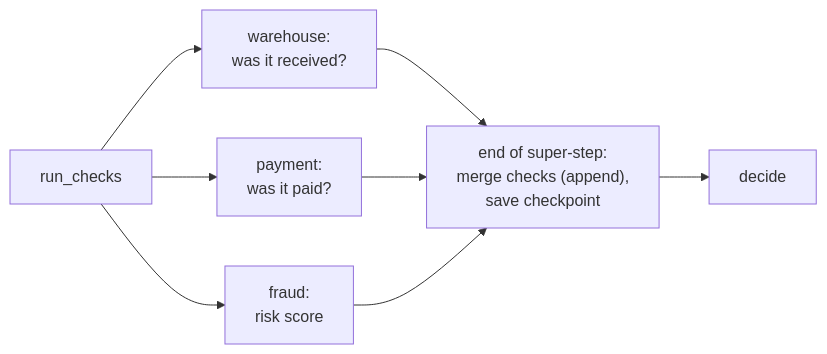
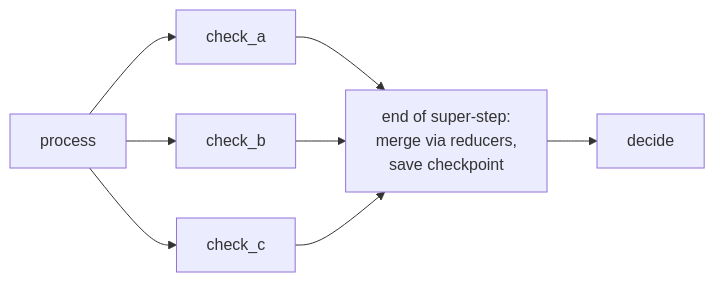
The fourth of 9 diagrams in src/Data/aiStackDocs/CH-14.md (shubamchaudhary/CodeNITW), drawn with Mermaid before and after one commit. The commit also changed other lines of this file and 7 other files, not shown here.

````diff
--- a/src/Data/aiStackDocs/CH-14.md
+++ b/src/Data/aiStackDocs/CH-14.md
@@ -132,10 +146,10 @@
 ```mermaid
 flowchart LR
-    RC["run_checks"] --> W["warehouse:<br/>was it received?"]
-    RC --> P["payment:<br/>was it paid?"]
-    RC --> F["fraud:<br/>risk score"]
-    W --> M["end of super-step:<br/>merge checks (append),<br/>save checkpoint"]
-    P --> M
-    F --> M
+    PR["process"] --> A["check_a"]
+    PR --> B["check_b"]
+    PR --> C["check_c"]
+    A --> M["end of super-step:<br/>merge via reducers,<br/>save checkpoint"]
+    B --> M
+    C --> M
     M --> D["decide"]
 ```
````
